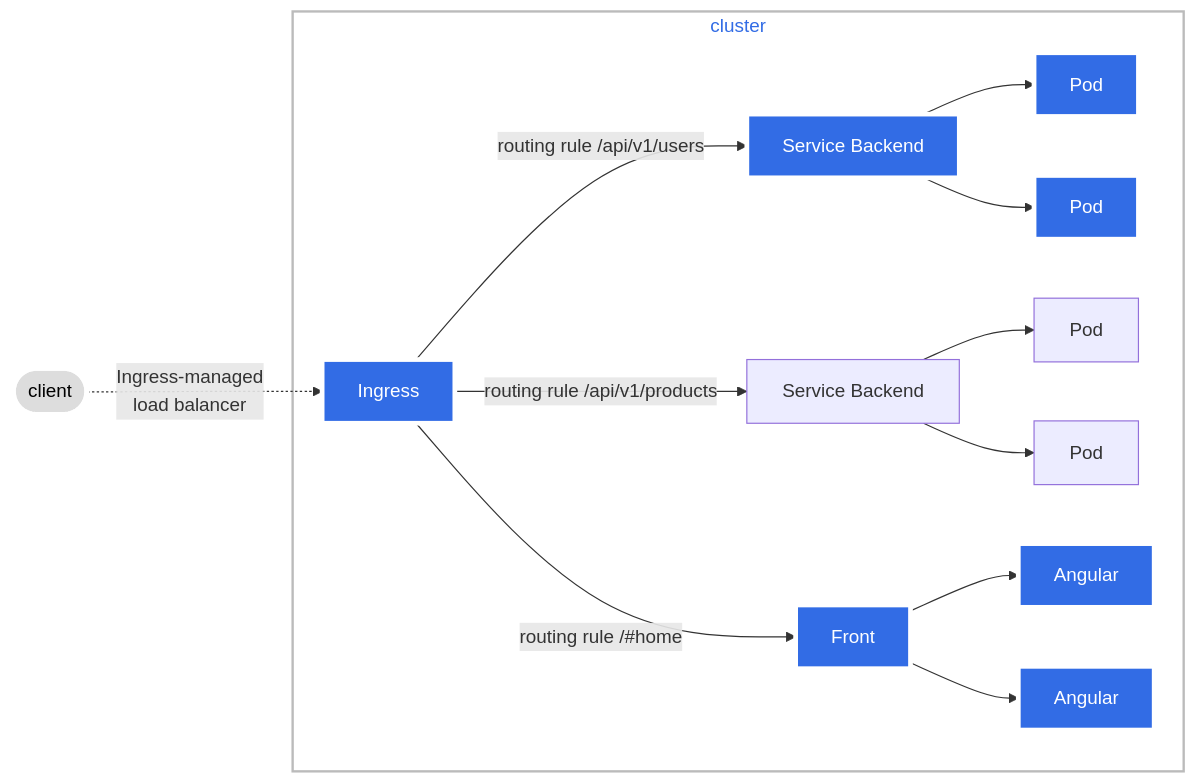
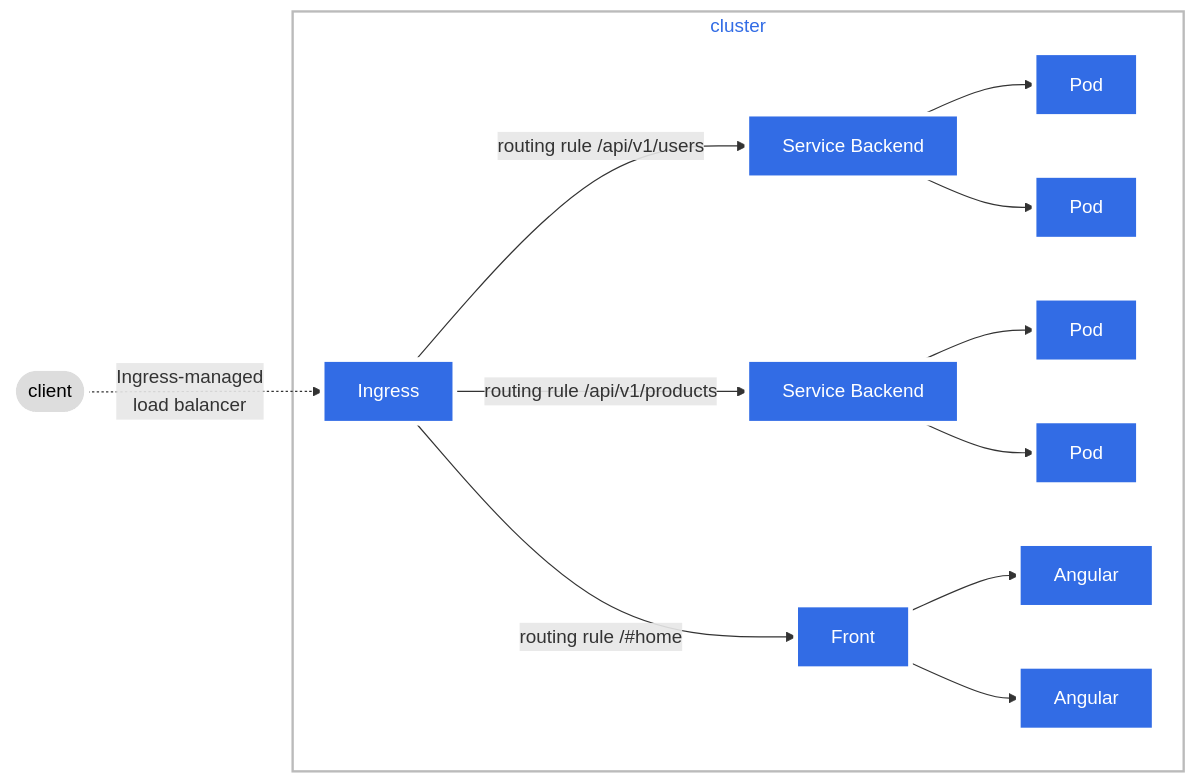
One commit to karlosarr/cursogit changed the second of 2 diagrams in README.md. Above: the diagram before and after it, drawn with Mermaid.

````diff
--- a/README.md
+++ b/README.md
@@ -266,22 +266,22 @@
 ```mermaid
 graph LR;
   client([client])-. Ingress-managed <br> load balancer .->ingress[Ingress];
   ingress-->|routing rule /api/v1/users|service[Service];
   ingress-->|routing rule /api/v1/products|service3[Service];
   ingress-->|routing rule /#home|service2[Service];
   subgraph cluster
   ingress;
   service[Service Backend]-->pod1[Pod];
   service[Service Backend]-->pod2[Pod];
   service3[Service Backend]-->pod5[Pod];
   service3[Service Backend]-->pod6[Pod];
   service2[Front]-->pod3[Angular];
   service2[Front]-->pod4[Angular];
   end
   classDef plain fill:#ddd,stroke:#fff,stroke-width:4px,color:#000;
   classDef k8s fill:#326ce5,stroke:#fff,stroke-width:4px,color:#fff;
   classDef cluster fill:#fff,stroke:#bbb,stroke-width:2px,color:#326ce5;
-  class ingress,service,pod1,pod2,service2,pod3,pod4 k8s;
+  class ingress,service,pod1,pod2,service2,pod3,pod4,service3,pod5,pod6 k8s;
   class client plain;
   class cluster cluster;
 ```
````
